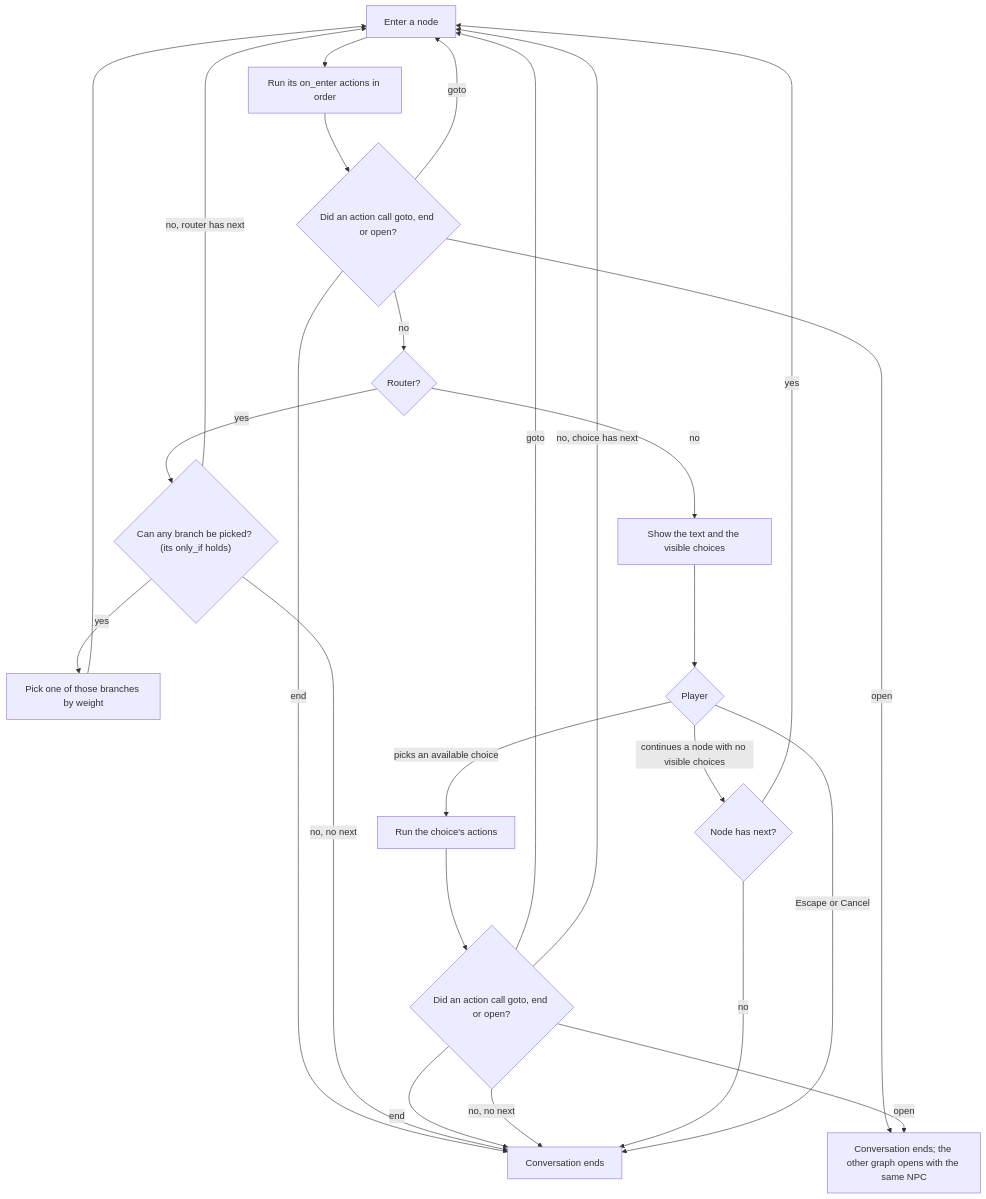
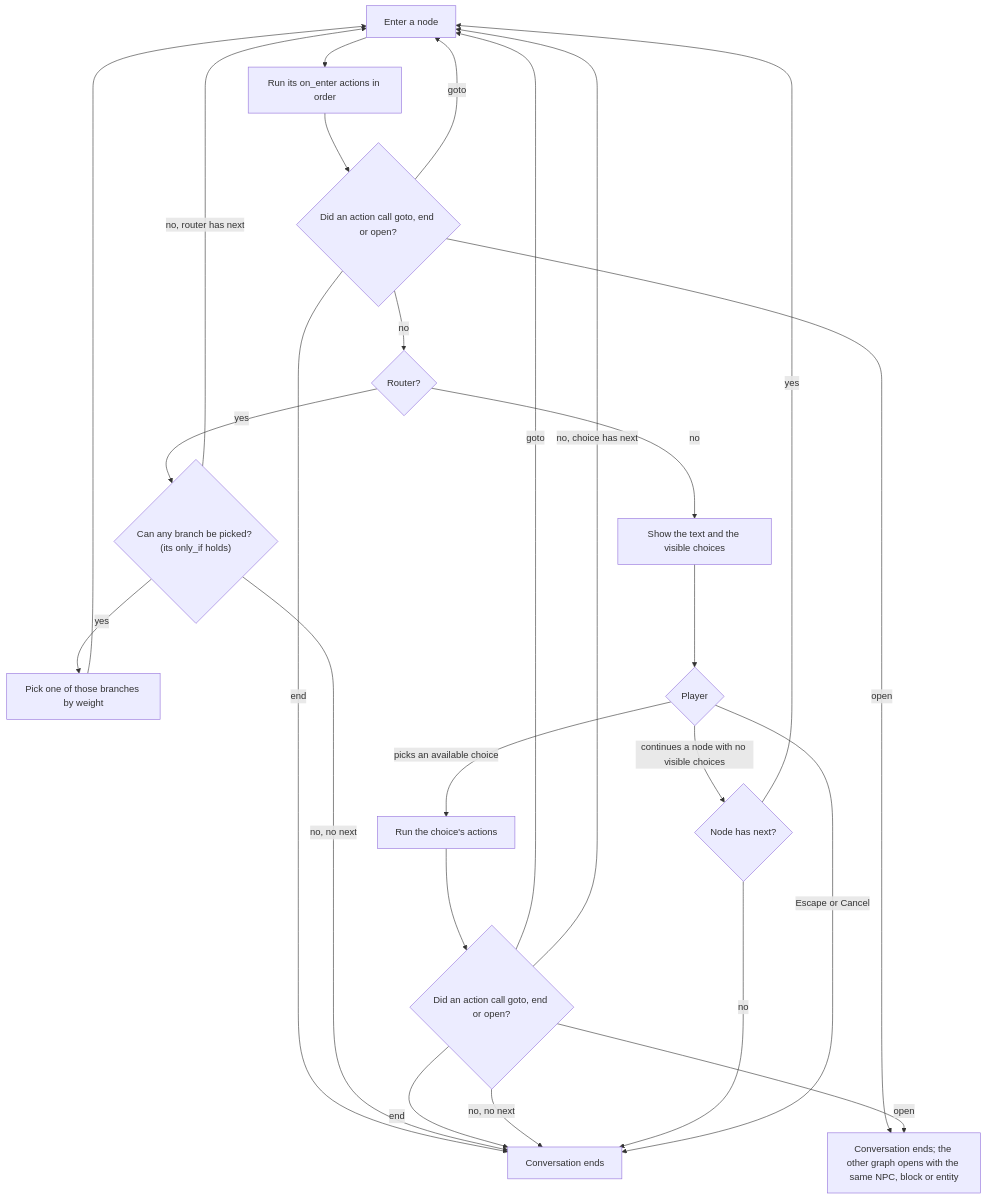
The diagram in docs/content-guide.md (justbecauseph/haruhi), drawn with Mermaid before and after one commit. The commit also changed other lines of this file and 5 other files, not shown here.

````diff
--- a/docs/content-guide.md
+++ b/docs/content-guide.md
@@ -319,26 +320,26 @@
 ```mermaid
 flowchart TD
     enter["Enter a node"] --> onEnter["Run its on_enter actions in order"]
     onEnter --> moved{"Did an action call goto, end or open?"}
     moved -- "goto" --> enter
     moved -- "end" --> ended["Conversation ends"]
-    moved -- "open" --> opened["Conversation ends; the other graph opens with the same NPC"]
+    moved -- "open" --> opened["Conversation ends; the other graph opens with the same NPC, block or entity"]
     moved -- "no" --> router{"Router?"}
     router -- "yes" --> canPick{"Can any branch be picked? (its only_if holds)"}
     canPick -- "yes" --> pick["Pick one of those branches by weight"] --> enter
     canPick -- "no, router has next" --> enter
     canPick -- "no, no next" --> ended
     router -- "no" --> show["Show the text and the visible choices"]
     show --> input{"Player"}
     input -- "picks an available choice" --> actions["Run the choice's actions"]
     actions --> moved2{"Did an action call goto, end or open?"}
     moved2 -- "goto" --> enter
     moved2 -- "end" --> ended
     moved2 -- "open" --> opened
     moved2 -- "no, choice has next" --> enter
     moved2 -- "no, no next" --> ended
     input -- "continues a node with no visible choices" --> next{"Node has next?"}
     next -- "yes" --> enter
     next -- "no" --> ended
     input -- "Escape or Cancel" --> ended
 ```
````
